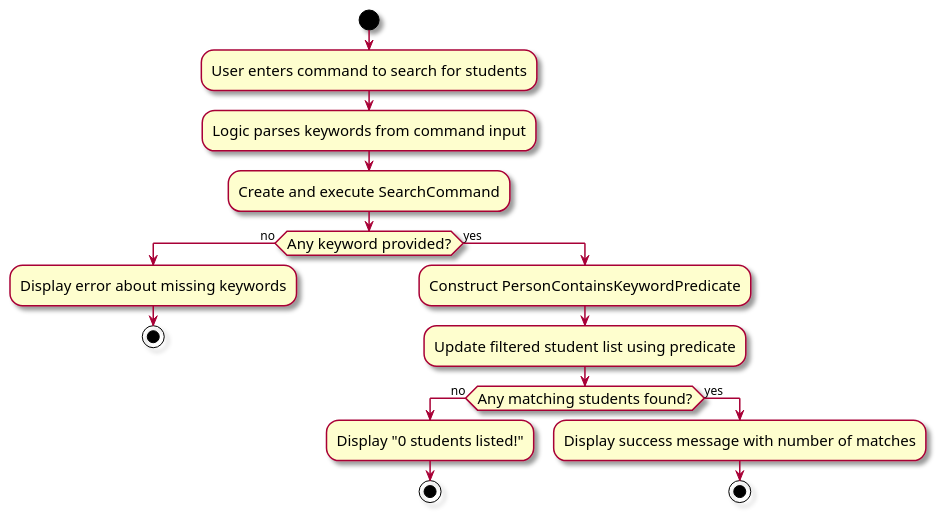
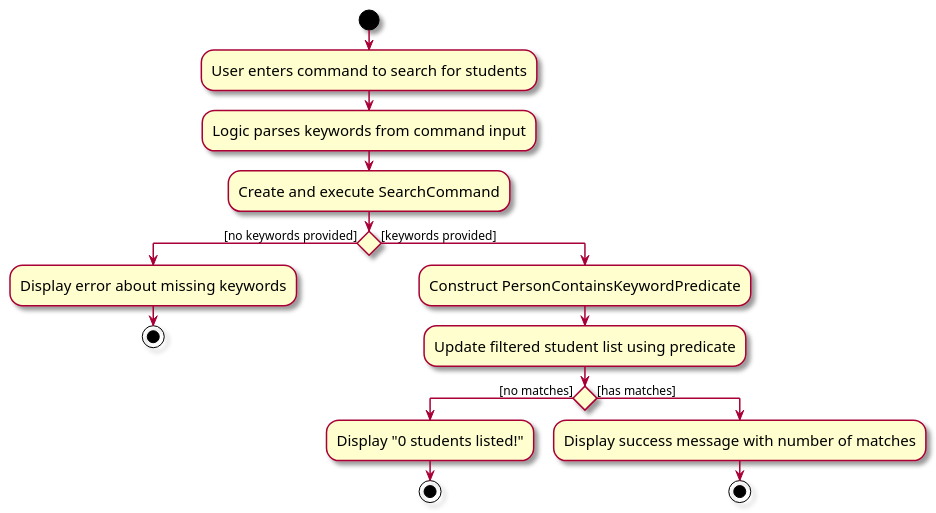
Before and after one commit to tonyvict/tp: the diagram in docs/diagrams/SearchCommmandActivityDiagram.puml, drawn with PlantUML. The commit also changed 8 other files, not shown here.

Commit message:
Update activity diagrams

```diff
--- a/docs/diagrams/SearchCommmandActivityDiagram.puml
+++ b/docs/diagrams/SearchCommmandActivityDiagram.puml
@@ -1,25 +1,25 @@
 @startuml
 skin rose
 skinparam ActivityFontSize 15
 skinparam ArrowFontSize 12
 
 start
 :User enters command to search for students;
 :Logic parses keywords from command input;
 :Create and execute SearchCommand;
-if (Any keyword provided?) then (no)
+if () then ([no keywords provided])
   :Display error about missing keywords;
   stop
-else (yes)
+else ([keywords provided])
   :Construct PersonContainsKeywordPredicate;
   :Update filtered student list using predicate;
-  if (Any matching students found?) then (no)
+  if () then ([no matches])
     :Display "0 students listed!";
     stop
-  else (yes)
+  else ([has matches])
     :Display success message with number of matches;
     stop
   endif
 endif
 
 @enduml
```
